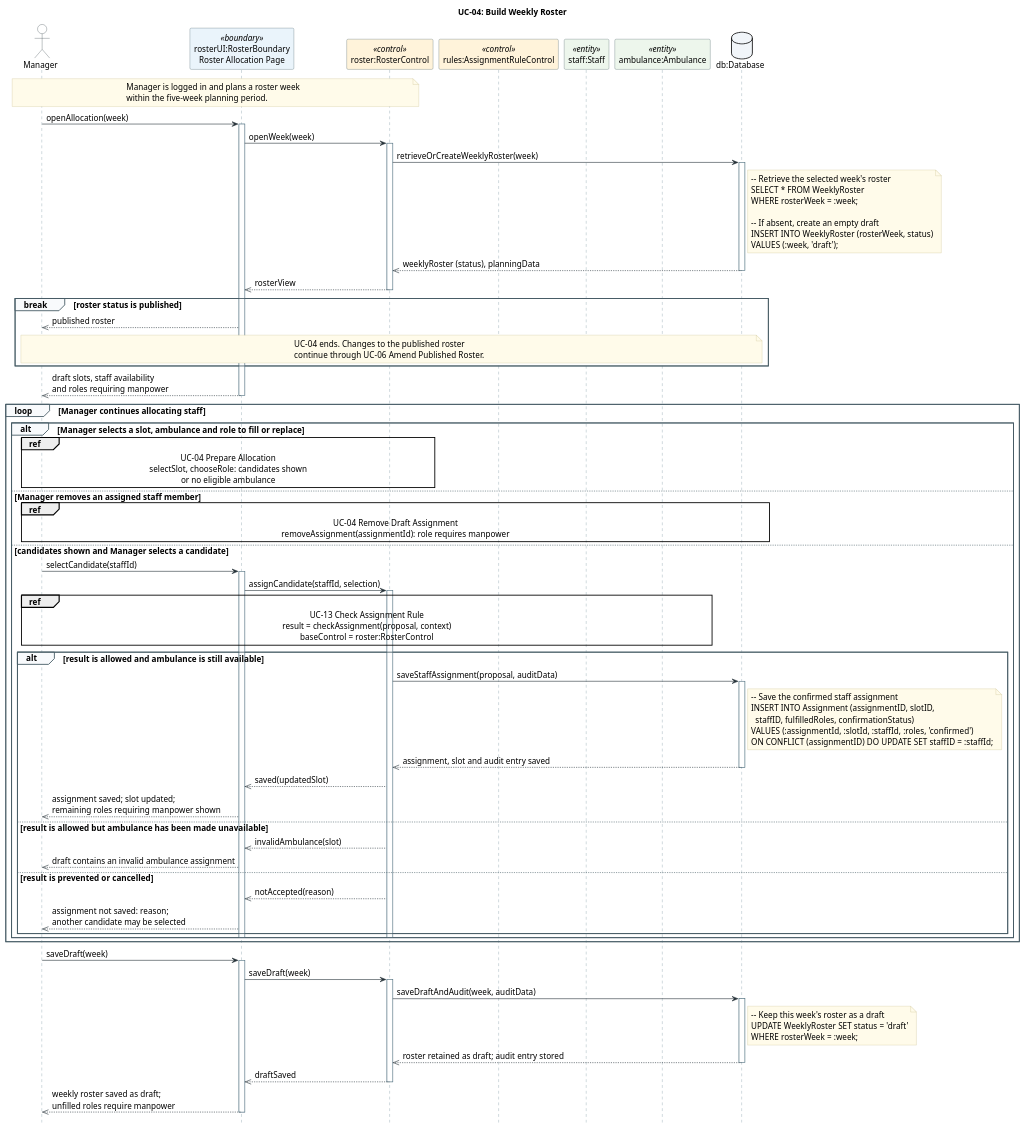
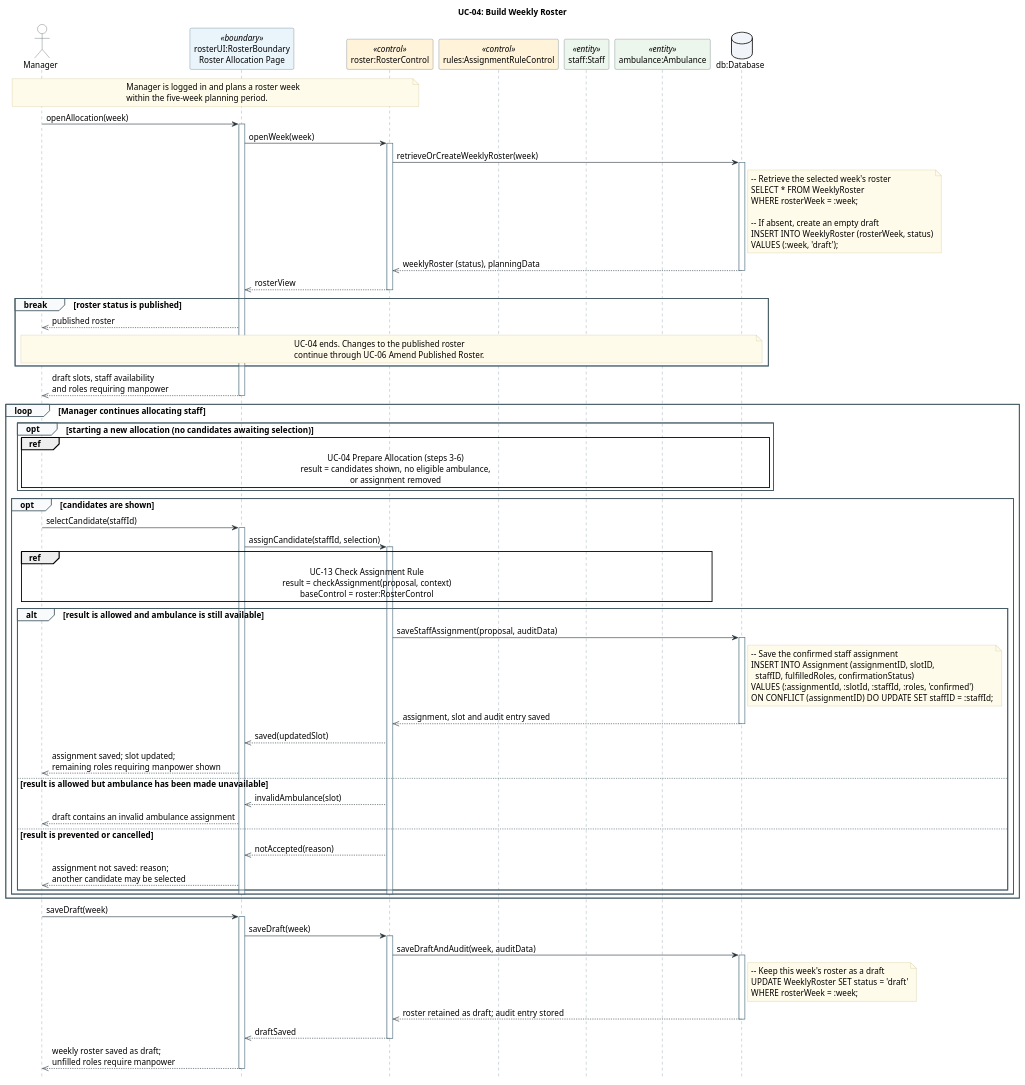
One commit to Patriarch-Wong/IntroSE changed the diagram in sequence-diagrams/2026-10-07_23-40-00/uc-04-build-weekly-roster.puml. Above: the diagram before and after it, drawn with PlantUML. The commit also changed 6 other files, not shown here.

First line of the commit message:
Lay out UC-04 in scenario step order; fold removal into Prepare Allocation

```diff
--- a/sequence-diagrams/2026-10-07_23-40-00/uc-04-build-weekly-roster.puml
+++ b/sequence-diagrams/2026-10-07_23-40-00/uc-04-build-weekly-roster.puml
@@ -1,182 +1,177 @@
 @startuml
 hide footbox
 skinparam backgroundColor #FFFFFF
 skinparam defaultFontName Arial
 skinparam defaultFontSize 14
 skinparam shadowing false
 skinparam maxMessageSize 350
 skinparam sequenceMessageAlign left
 skinparam BoxPadding 8
 skinparam ArrowColor #263238
 skinparam NoteBackgroundColor #FFFBEA
 skinparam NoteBorderColor #C8BE8A
 skinparam sequence {
   LifeLineBorderColor #607D8B
   ParticipantBorderColor #455A64
   ParticipantBackgroundColor #F8FAFC
   ActorBorderColor #263238
   ActorBackgroundColor #FFFFFF
   GroupBorderColor #455A64
   GroupBackgroundColor #F8FAFC
   ActivationBorderColor #455A64
   ActivationBackgroundColor #FFFFFF
 }
 title UC-04: Build Weekly Roster
 
 ' Scope: main success scenario and alternatives 1a, 4a, 5a, 8a, 9a.
-' One allocation loop, no nested loops; maximum nesting depth 3.
-' Referenced: uc-04-prepare-allocation.puml (3-6, 4a, 5a3) and
-' uc-04-remove-assignment.puml (5a1-5a2).
+' Follows the scenario order 1-10. One allocation loop, no nested loops;
+' maximum nesting depth 3.
+' Referenced: uc-04-prepare-allocation.puml (3-6, 4a, 5a), which in turn
+' references uc-04-remove-assignment.puml (5a1-5a2).
 ' Three core database operations are drawn: retrieve/create roster,
 ' save assignment, save draft.
 ' Supporting reads are kept as SQL comments beside the operation that uses them.
 ' SQL is illustrative PostgreSQL; mappings and assumptions are in README.md.
 
 actor Manager as manager
 participant "rosterUI:RosterBoundary\nRoster Allocation Page" as rosterUI <<boundary>> #EAF4FB
 participant "roster:RosterControl" as roster <<control>> #FFF3DA
 participant "rules:AssignmentRuleControl" as rules <<control>> #FFF3DA
 participant "staff:Staff" as staff <<entity>> #EDF6EC
 participant "ambulance:Ambulance" as ambulance <<entity>> #EDF6EC
 database "db:Database" as db #F1F5F9
 
 note over manager, roster
   Manager is logged in and plans a roster week
   within the five-week planning period.
 end note
 
 ' Main 1-2.
 manager -> rosterUI: openAllocation(week)
 activate rosterUI
 rosterUI -> roster: openWeek(week)
 activate roster
 /'
 -- Retrieve roster details and staff availability
 SELECT * FROM WeekPlanningView WHERE rosterWeek = :week;
 '/
 roster -> db: retrieveOrCreateWeeklyRoster(week)
 activate db
 note right of db
 -- Retrieve the selected week's roster
 SELECT * FROM WeeklyRoster
 WHERE rosterWeek = :week;
 
 -- If absent, create an empty draft
 INSERT INTO WeeklyRoster (rosterWeek, status)
 VALUES (:week, 'draft');
 end note
 db -->> roster: weeklyRoster (status), planningData
 deactivate db
 roster -->> rosterUI: rosterView
 deactivate roster
 
 break roster status is published
   ' Alternative 1a: UC-04 ends here; nothing after this fragment runs.
   rosterUI -->> manager: published roster
   note over manager, db
     UC-04 ends. Changes to the published roster
     continue through UC-06 Amend Published Roster.
   end note
 end
 
 rosterUI -->> manager: draft slots, staff availability\nand roles requiring manpower
 deactivate rosterUI
 
-' Each pass is one Manager request. Candidate selection is only offered once
-' Prepare Allocation has shown candidates, so 4a never reaches allocation.
+' Steps run in scenario order on each pass. After 8a the candidates stay
+' shown, so the next pass skips steps 3-6 and returns to candidate selection.
 loop Manager continues allocating staff
-  alt Manager selects a slot, ambulance and role to fill or replace
-    ' Main 3-6; alternatives 4a and 5a1/5a3, detailed in uc-04-prepare-allocation.puml.
-    ref over manager, rosterUI, roster
-      UC-04 Prepare Allocation
-      selectSlot, chooseRole: candidates shown
-      or no eligible ambulance
+  opt starting a new allocation (no candidates awaiting selection)
+    ' Main 3-6; alternatives 4a and 5a, detailed in uc-04-prepare-allocation.puml.
+    ref over manager, rosterUI, roster, db
+      UC-04 Prepare Allocation (steps 3-6)
+      result = candidates shown, no eligible ambulance,
+      or assignment removed
     end ref
+  end
 
-  else Manager removes an assigned staff member
-    ' Alternative 5a1-5a2, detailed in uc-04-remove-assignment.puml.
-    ref over manager, rosterUI, roster, db
-      UC-04 Remove Draft Assignment
-      removeAssignment(assignmentId): role requires manpower
-    end ref
-
-  else candidates shown and Manager selects a candidate
+  opt candidates are shown
     ' Main 7-9; alternatives 8a and 9a.
     manager -> rosterUI: selectCandidate(staffId)
     activate rosterUI
     rosterUI -> roster: assignCandidate(staffId, selection)
     activate roster
 /'
 -- Retrieve the rule context and the ambulance's current availability
 SELECT * FROM StaffRuleContext
 WHERE staffID = :staffId AND rosterWeek = :week
 AND shiftID = :shiftId AND ambulanceNumber = :ambulanceId;
 '/
     ref over manager, rosterUI, roster, rules, staff, ambulance
       UC-13 Check Assignment Rule
       result = checkAssignment(proposal, context)
       baseControl = roster:RosterControl
     end ref
     alt result is allowed and ambulance is still available
       ' Main 9.
 /'
 -- Store the slot's ambulance for this shift
 INSERT INTO RosterSlot (slotID, rosterWeek, shiftID, ambulanceNumber)
 VALUES (:slotId, :week, :shiftId, :ambulanceId)
 ON CONFLICT (slotID) DO UPDATE SET ambulanceNumber = :ambulanceId;
 
 -- Record the assignment change in the audit log
 INSERT INTO AuditEntry (actingUser, timestamp, previousValue, newValue, reason)
 VALUES (:actor, :time, :previous, :new, NULL);
 '/
       roster -> db: saveStaffAssignment(proposal, auditData)
       activate db
       note right of db
 -- Save the confirmed staff assignment
 INSERT INTO Assignment (assignmentID, slotID,
   staffID, fulfilledRoles, confirmationStatus)
 VALUES (:assignmentId, :slotId, :staffId, :roles, 'confirmed')
 ON CONFLICT (assignmentID) DO UPDATE SET staffID = :staffId;
       end note
       db -->> roster: assignment, slot and audit entry saved
       deactivate db
       roster -->> rosterUI: saved(updatedSlot)
       rosterUI -->> manager: assignment saved; slot updated;\nremaining roles requiring manpower shown
     else result is allowed but ambulance has been made unavailable
       ' Alternative 9a: nothing is saved.
       roster -->> rosterUI: invalidAmbulance(slot)
       rosterUI -->> manager: draft contains an invalid ambulance assignment
     else result is prevented or cancelled
       ' Alternative 8a: nothing saved; candidates stay shown (back to step 6).
       roster -->> rosterUI: notAccepted(reason)
       rosterUI -->> manager: assignment not saved: reason;\nanother candidate may be selected
     end
     deactivate roster
     deactivate rosterUI
   end
 end
 
 ' Main 10.
 manager -> rosterUI: saveDraft(week)
 activate rosterUI
 rosterUI -> roster: saveDraft(week)
 activate roster
 roster -> db: saveDraftAndAudit(week, auditData)
 activate db
 /'
 -- Record saving of the current draft
 INSERT INTO AuditEntry (actingUser, timestamp, previousValue, newValue, reason)
 VALUES (:actor, :time, :previous, :new, :reason);
 '/
 note right of db
 -- Keep this week's roster as a draft
 UPDATE WeeklyRoster SET status = 'draft'
 WHERE rosterWeek = :week;
 end note
 db -->> roster: roster retained as draft; audit entry stored
 deactivate db
 roster -->> rosterUI: draftSaved
 deactivate roster
 rosterUI -->> manager: weekly roster saved as draft;\nunfilled roles require manpower
 deactivate rosterUI
 @enduml
```
